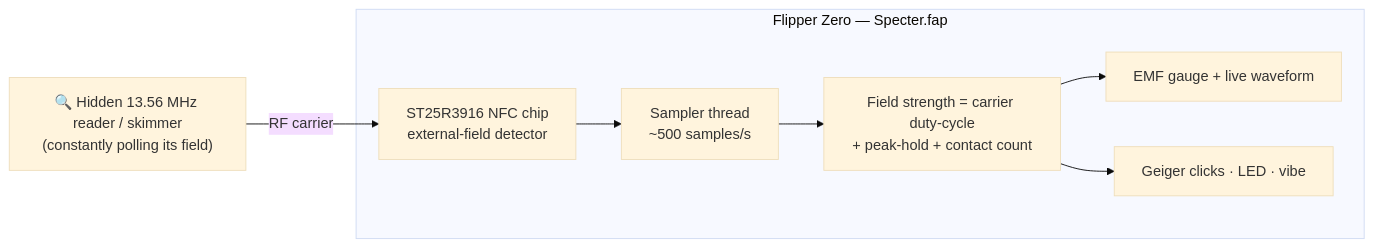
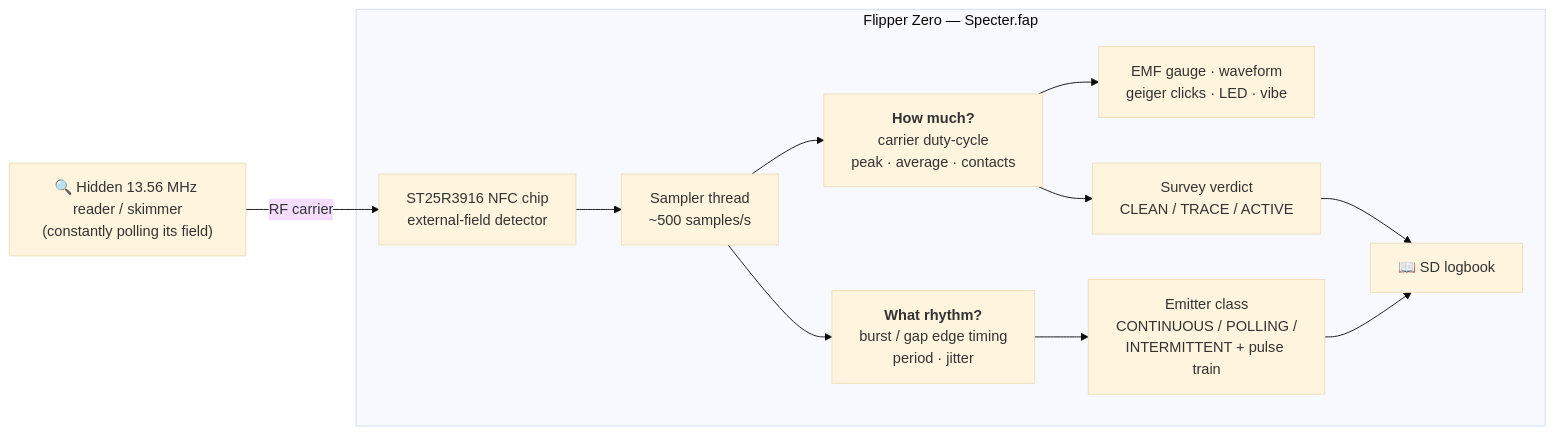
One commit to RogueMaster/flipperzero-firmware-wPlugins changed the diagram in README.md. Above: the diagram before and after it, drawn with Mermaid (base theme). The commit also changed other lines of this file and 49 other files, not shown here.

First line of the commit message:
Specter 2.0 - fingerprint emitters, survey rooms, keep a logbook

````diff
--- a/README.md
+++ b/README.md
@@ -65,11 +150,15 @@
 ```mermaid
 flowchart LR
     R["🔍 Hidden 13.56 MHz reader / skimmer<br/>(constantly polling its field)"] -- "RF carrier" --> A
 
     subgraph FLIP["Flipper Zero — Specter.fap"]
       A["ST25R3916 NFC chip<br/>external-field detector"] --> S["Sampler thread<br/>~500 samples/s"]
-      S --> M["Field strength = carrier duty-cycle<br/>+ peak-hold + contact count"]
-      M --> G["EMF gauge + live waveform"]
-      M --> K["Geiger clicks · LED · vibe"]
+      S --> M["<b>How much?</b><br/>carrier duty-cycle<br/>peak · average · contacts"]
+      S --> C["<b>What rhythm?</b><br/>burst / gap edge timing<br/>period · jitter"]
+      M --> G["EMF gauge · waveform<br/>geiger clicks · LED · vibe"]
+      M --> V["Survey verdict<br/>CLEAN / TRACE / ACTIVE"]
+      C --> K["Emitter class<br/>CONTINUOUS / POLLING /<br/>INTERMITTENT + pulse train"]
+      V --> L["📖 SD logbook"]
+      K --> L
     end
 ```
````
